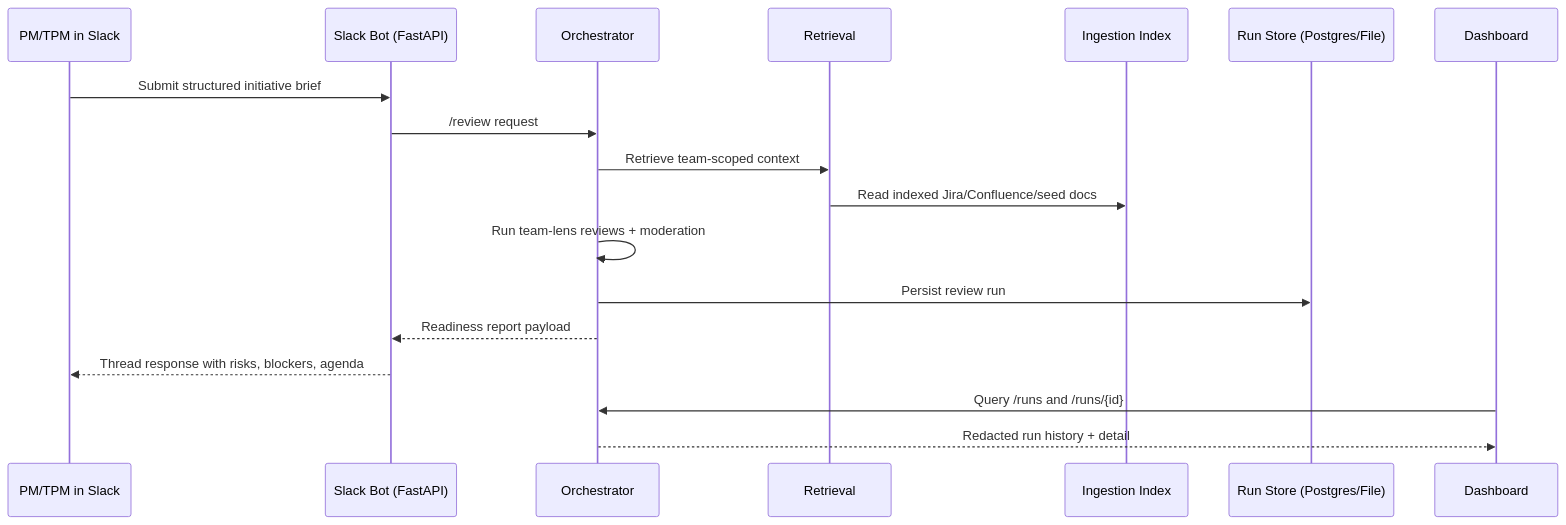
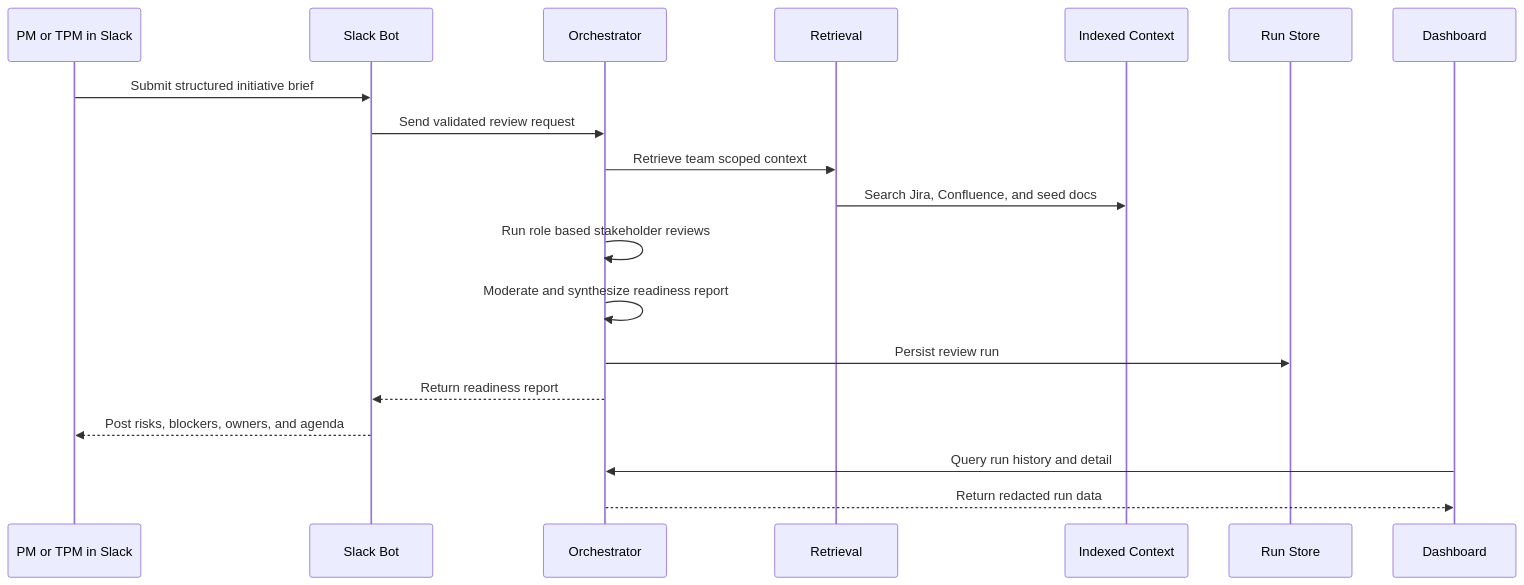
One commit to dhruvtoprani/preflight-AI changed the first of 2 diagrams in README.md. Above: the diagram before and after it, drawn with Mermaid. The commit also changed other lines of this file, not shown here.

Commit message:
Reposition README for AI PM job search

````diff
--- a/README.md
+++ b/README.md
@@ -54,21 +133,22 @@
 ```mermaid
 sequenceDiagram
-  participant PM as PM/TPM in Slack
-  participant SB as Slack Bot (FastAPI)
+  participant PM as PM or TPM in Slack
+  participant SB as Slack Bot
   participant OR as Orchestrator
   participant RT as Retrieval
-  participant IN as Ingestion Index
-  participant DB as Run Store (Postgres/File)
+  participant IX as Indexed Context
+  participant DB as Run Store
   participant UI as Dashboard
 
   PM->>SB: Submit structured initiative brief
-  SB->>OR: /review request
-  OR->>RT: Retrieve team-scoped context
-  RT->>IN: Read indexed Jira/Confluence/seed docs
-  OR->>OR: Run team-lens reviews + moderation
+  SB->>OR: Send validated review request
+  OR->>RT: Retrieve team scoped context
+  RT->>IX: Search Jira, Confluence, and seed docs
+  OR->>OR: Run role based stakeholder reviews
+  OR->>OR: Moderate and synthesize readiness report
   OR->>DB: Persist review run
-  OR-->>SB: Readiness report payload
-  SB-->>PM: Thread response with risks, blockers, agenda
-  UI->>OR: Query /runs and /runs/{id}
-  OR-->>UI: Redacted run history + detail
+  OR-->>SB: Return readiness report
+  SB-->>PM: Post risks, blockers, owners, and agenda
+  UI->>OR: Query run history and detail
+  OR-->>UI: Return redacted run data
 ```
````
